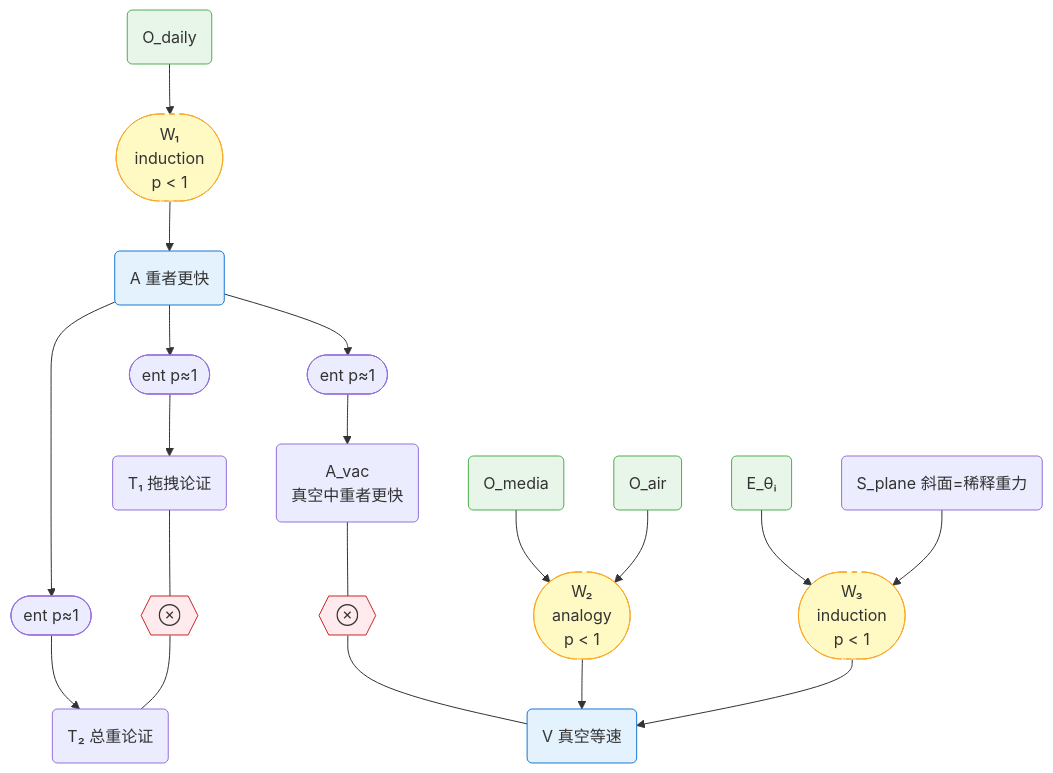
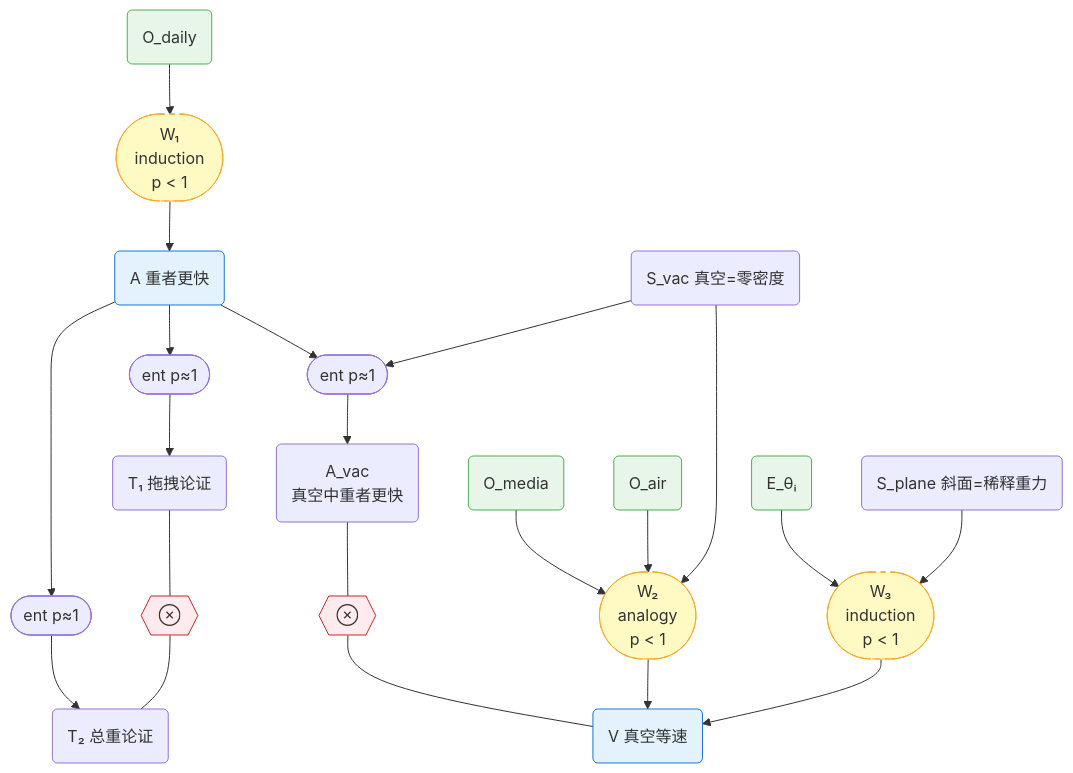
One commit to newtontech/Gaia changed the fourth of 11 diagrams in docs/foundations/theory/science-formalization.md. Above: the diagram before and after it, drawn with Mermaid. The commit also changed other lines of this file, not shown here.

First line of the commit message:
docs: add S_vac to coarse factor graph — shared by A_vac and W₂

````diff
--- a/docs/foundations/theory/science-formalization.md
+++ b/docs/foundations/theory/science-formalization.md
@@ -232,25 +232,28 @@
 ```mermaid
 graph TD
     %% Conclusion A
     Odaily("O_daily"):::obs --> w1(["W₁<br/>induction<br/>p < 1"]):::weak --> A("A 重者更快"):::concl
     A --> fA1(["ent p≈1"]) --> T1("T₁ 拖拽论证")
     A --> fA2(["ent p≈1"]) --> T2("T₂ 总重论证")
     T1 --- contra1{{"⊗"}}:::contra --- T2
-    A --> fAvac(["ent p≈1"]) --> Avac("A_vac<br/>真空中重者更快")
+    A --> fAvac(["ent p≈1"])
+    Svac("S_vac 真空=零密度") --> fAvac
+    fAvac --> Avac("A_vac<br/>真空中重者更快")
     Avac --- contra2{{"⊗"}}:::contra --- V
 
     %% Conclusion V — analogy path
     Omedia("O_media"):::obs --> w2(["W₂<br/>analogy<br/>p < 1"]):::weak
     Oair("O_air"):::obs --> w2
+    Svac --> w2
     w2 --> V("V 真空等速"):::concl
 
     %% Conclusion V — experiment path
     Etheta("E_θᵢ"):::obs --> w3(["W₃<br/>induction<br/>p < 1"]):::weak
     Splane("S_plane 斜面=稀释重力") --> w3
     w3 --> V
 
     classDef obs fill:#e8f5e9,stroke:#4caf50
     classDef concl fill:#e3f2fd,stroke:#1976d2
     classDef contra fill:#ffebee,stroke:#c62828
     classDef weak fill:#fff9c4,stroke:#f9a825,stroke-dasharray: 5 5
 ```
````
